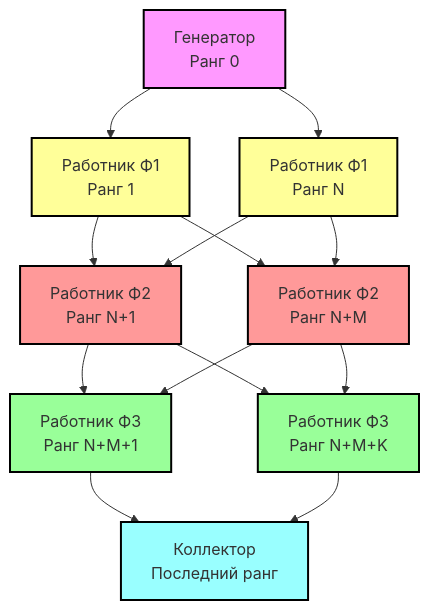
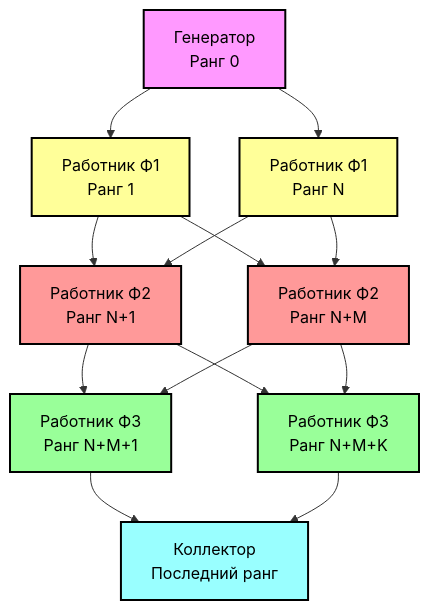
The diagram in parallel_enikeev_conveer/README.MD (Sepera-okeq/kpfu-four-course), drawn with Mermaid before and after one commit. The commit also changed other lines of this file, not shown here.

````diff
--- a/parallel_enikeev_conveer/README.MD
+++ b/parallel_enikeev_conveer/README.MD
@@ -5,24 +6,28 @@
 ```mermaid
 graph TD
     G[Генератор<br/>Ранг 0] --> W1[Работник Ф1<br/>Ранг 1]
     G --> W1_2[Работник Ф1<br/>Ранг N]
     W1 --> W2[Работник Ф2<br/>Ранг N+1]
     W1_2 --> W2
     W1 --> W2_2[Работник Ф2<br/>Ранг N+M]
     W1_2 --> W2_2
     W2 --> W3[Работник Ф3<br/>Ранг N+M+1]
     W2_2 --> W3
     W2 --> W3_2[Работник Ф3<br/>Ранг N+M+K]
     W2_2 --> W3_2
     W3 --> C[Коллектор<br/>Последний ранг]
     W3_2 --> C
 
-    style G fill:#f9f,stroke:#000000,stroke-width:2px
-    style C fill:#9ff,stroke:#000000,stroke-width:2px
-    style W1 fill:#ff9,stroke:#000000,stroke-width:2px
-    style W1_2 fill:#ff9,stroke:#000000,stroke-width:2px
-    style W2 fill:#f99,stroke:#000000,stroke-width:2px
-    style W2_2 fill:#f99,stroke:#000000,stroke-width:2px
-    style W3 fill:#9f9,stroke:#000000,stroke-width:2px
-    style W3_2 fill:#9f9,stroke:#000000,stroke-width:2px
+    classDef default fill:#fff,stroke:#000,color:#000,stroke-width:2px;
+    classDef generator fill:#f9f,stroke:#000,color:#000,stroke-width:2px;
+    classDef worker1 fill:#ff9,stroke:#000,color:#000,stroke-width:2px;
+    classDef worker2 fill:#f99,stroke:#000,color:#000,stroke-width:2px;
+    classDef worker3 fill:#9f9,stroke:#000,color:#000,stroke-width:2px;
+    classDef collector fill:#9ff,stroke:#000,color:#000,stroke-width:2px;
+
+    class G generator;
+    class W1,W1_2 worker1;
+    class W2,W2_2 worker2;
+    class W3,W3_2 worker3;
+    class C collector;
 ```
````
